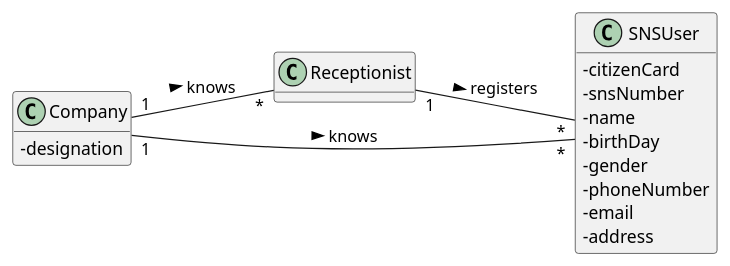
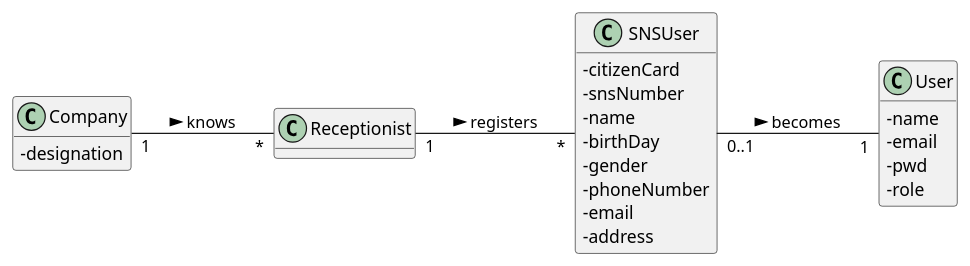
The diagram in docs/SprintC/US03/DM/US03_DM.puml (miseEnPlace-i/lapr2), drawn with PlantUML before and after one commit. The commit also changed 5 other files, not shown here.

```diff
--- a/docs/SprintC/US03/DM/US03_DM.puml
+++ b/docs/SprintC/US03/DM/US03_DM.puml
@@ -1,35 +1,35 @@
-@startuml Domain Model
+@startuml US03_DM
 hide methods
 left to right direction
 skinparam classAttributeIconSize 0
 
 class Receptionist { }
 
 class SNSUser {
   - citizenCard
   - snsNumber
   - name
   - birthDay
   - gender
   - phoneNumber
   - email
   - address
 }
 
 class Company {
   - designation
 }
 
-' class User {
-'   - name
-'   - email
-'   - pwd
-'   - role
-' }
+class User {
+  - name
+  - email
+  - pwd
+  - role
+}
 
 Receptionist "1" -- "*" SNSUser : registers >
 Company "1" -- "*" Receptionist : knows >
-Company "1" -- "*" SNSUser : knows >
-' SNSUser "0..1" -- "1" User : becomes >
+' Company "1" -- "*" SNSUser : knows >
+SNSUser "0..1" -- "1" User : becomes >
 
 @enduml
```
